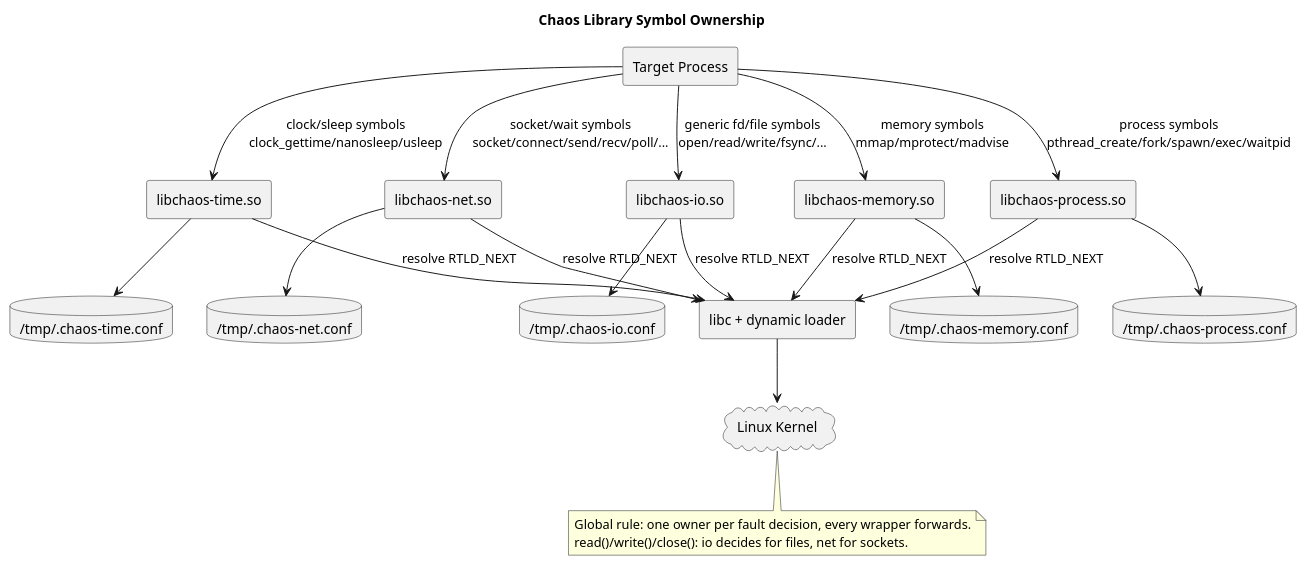
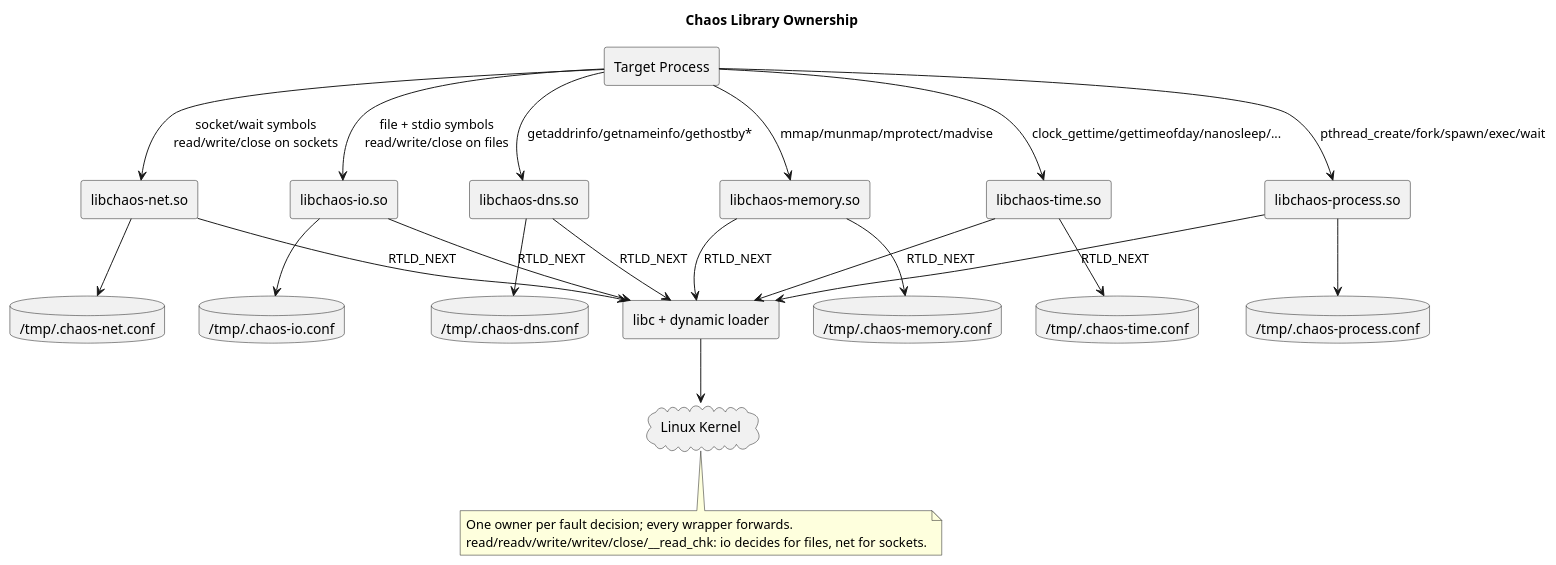
The first of 4 diagrams in docs/SYSTEM.md (macstab/macstab-chaos-testing-libraries), drawn with PlantUML before and after one commit. The commit also changed other lines of this file and 14 other files, not shown here.

Commit message:
docs: rewrite architecture, safety, platform and engineering docs; redraw diagrams

````diff
--- a/docs/SYSTEM.md
+++ b/docs/SYSTEM.md
@@ -412,45 +368,50 @@
 ```plantuml
 @startuml
-title Chaos Library Symbol Ownership
+title Chaos Library Ownership
 skinparam componentStyle rectangle
 
 component "Target Process" as App
 component "libchaos-io.so" as IO
 component "libchaos-net.so" as NET
+component "libchaos-dns.so" as DNS
 component "libchaos-time.so" as TIME
 component "libchaos-process.so" as PROC
 component "libchaos-memory.so" as MEM
 component "libc + dynamic loader" as LIBC
 database "/tmp/.chaos-io.conf" as IOCFG
 database "/tmp/.chaos-net.conf" as NETCFG
+database "/tmp/.chaos-dns.conf" as DNSCFG
 database "/tmp/.chaos-time.conf" as TIMECFG
 database "/tmp/.chaos-process.conf" as PROCCFG
 database "/tmp/.chaos-memory.conf" as MEMCFG
 cloud "Linux Kernel" as KERNEL
 
-App --> IO : generic fd/file symbols\nopen/read/write/fsync/...
-App --> NET : socket/wait symbols\nsocket/connect/send/recv/poll/...
-App --> TIME : clock/sleep symbols\nclock_gettime/nanosleep/usleep
-App --> PROC : process symbols\npthread_create/fork/spawn/exec/waitpid
-App --> MEM : memory symbols\nmmap/mprotect/madvise
+App --> IO : file + stdio symbols\nread/write/close on files
+App --> NET : socket/wait symbols\nread/write/close on sockets
+App --> DNS : getaddrinfo/getnameinfo/gethostby*
+App --> TIME : clock_gettime/gettimeofday/nanosleep/...
+App --> PROC : pthread_create/fork/spawn/exec/wait
+App --> MEM : mmap/munmap/mprotect/madvise
 
 IO --> IOCFG
 NET --> NETCFG
+DNS --> DNSCFG
 TIME --> TIMECFG
 PROC --> PROCCFG
 MEM --> MEMCFG
 
-IO --> LIBC : resolve RTLD_NEXT
-NET --> LIBC : resolve RTLD_NEXT
-TIME --> LIBC : resolve RTLD_NEXT
-PROC --> LIBC : resolve RTLD_NEXT
-MEM --> LIBC : resolve RTLD_NEXT
+IO --> LIBC : RTLD_NEXT
+NET --> LIBC : RTLD_NEXT
+DNS --> LIBC : RTLD_NEXT
+TIME --> LIBC : RTLD_NEXT
+PROC --> LIBC : RTLD_NEXT
+MEM --> LIBC : RTLD_NEXT
 
 LIBC --> KERNEL
 
 note bottom
-Global rule: one owner per fault decision, every wrapper forwards.
-read()/write()/close(): io decides for files, net for sockets.
+One owner per fault decision; every wrapper forwards.
+read/readv/write/writev/close/__read_chk: io decides for files, net for sockets.
 end note
 @enduml
 ```
````
